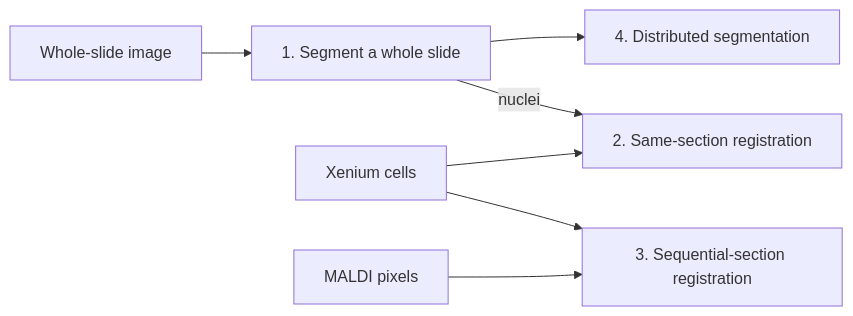
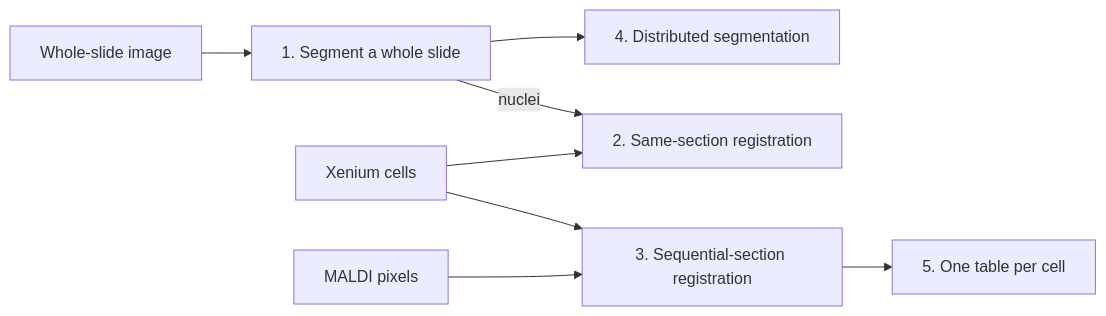
The diagram in docs/tutorials/index.md (JurgenKriel/SMINT), drawn with Mermaid before and after one commit. The commit also changed other lines of this file and 45 other files, not shown here.

````diff
--- a/docs/tutorials/index.md
+++ b/docs/tutorials/index.md
@@ -8,9 +8,10 @@
 ```mermaid
 flowchart LR
     S[Whole-slide image] --> T1[1. Segment a whole slide]
     T1 --> T4[4. Distributed segmentation]
     T1 -- nuclei --> T2[2. Same-section registration]
     X[Xenium cells] --> T2
     M[MALDI pixels] --> T3[3. Sequential-section registration]
     X --> T3
+    T3 --> T5[5. One table per cell]
 ```
````
